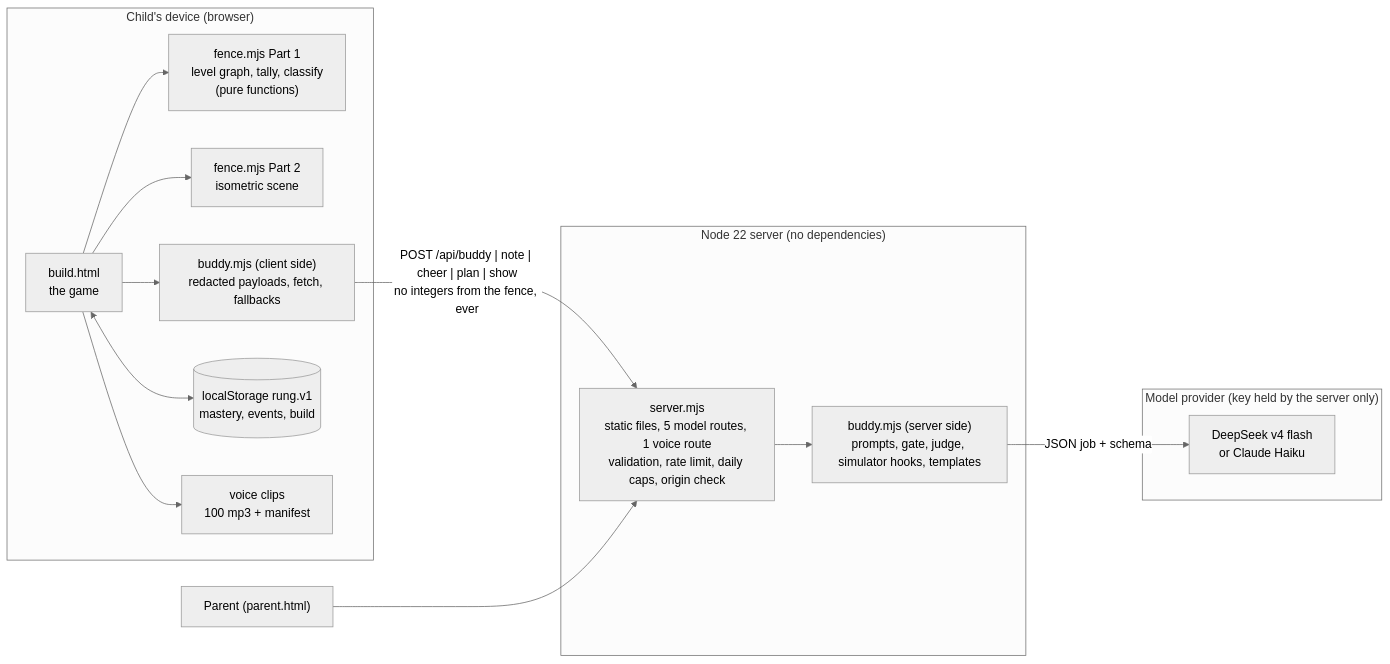
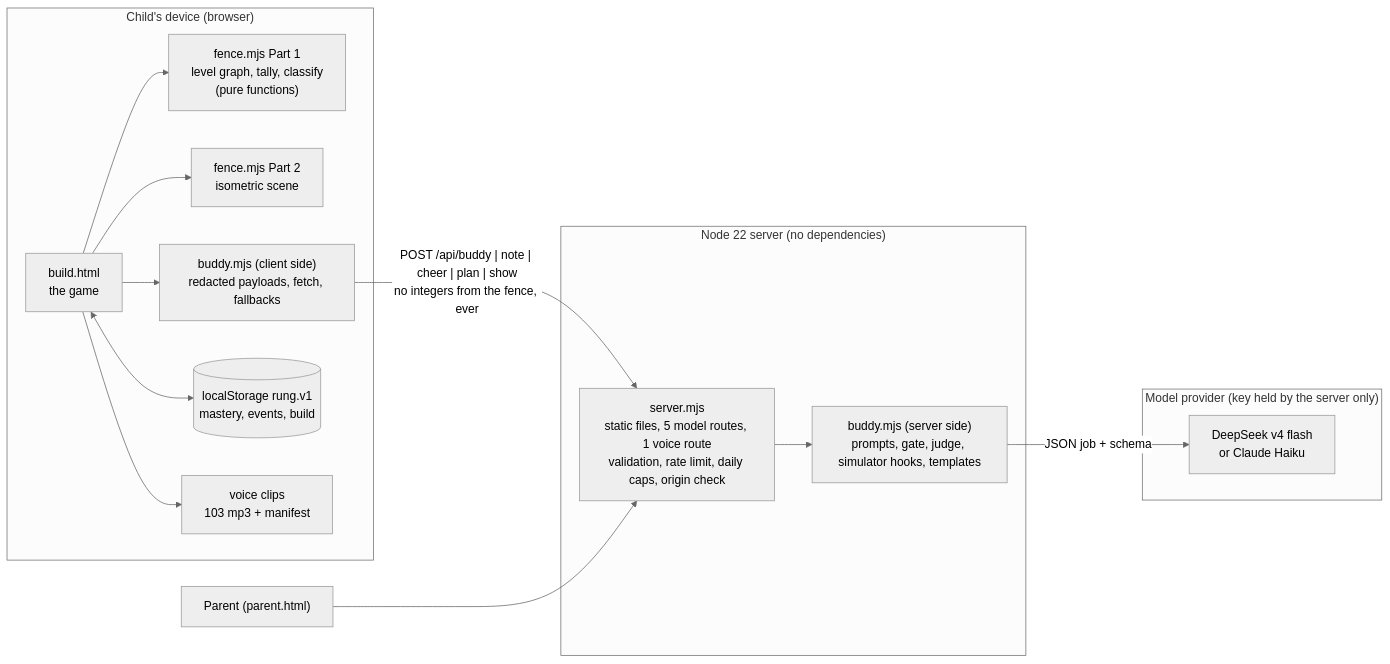
The first of 2 diagrams in docs/ARCHITECTURE.md (manpreet171/pip-fence), drawn with Mermaid (neutral theme) before and after one commit. The commit also changed other lines of this file and 42 other files, not shown here.

````diff
--- a/docs/ARCHITECTURE.md
+++ b/docs/ARCHITECTURE.md
@@ -9,27 +9,27 @@
 ```mermaid
 flowchart LR
   subgraph Device["Child's device (browser)"]
     UI["build.html<br/>the game"]
     FX["fence.mjs Part 1<br/>level graph, tally, classify<br/>(pure functions)"]
     SC["fence.mjs Part 2<br/>isometric scene"]
     BD["buddy.mjs (client side)<br/>redacted payloads, fetch, fallbacks"]
     LS[("localStorage rung.v1<br/>mastery, events, build")]
-    VO["voice clips<br/>100 mp3 + manifest"]
+    VO["voice clips<br/>103 mp3 + manifest"]
     UI --> FX
     UI --> SC
     UI --> BD
     UI <--> LS
     UI --> VO
   end
   subgraph Server["Node 22 server (no dependencies)"]
     RT["server.mjs<br/>static files, 5 model routes, 1 voice route<br/>validation, rate limit, daily caps, origin check"]
     BS["buddy.mjs (server side)<br/>prompts, gate, judge, simulator hooks, templates"]
     RT --> BS
   end
   subgraph Model["Model provider (key held by the server only)"]
     LLM["DeepSeek v4 flash<br/>or Claude Haiku"]
   end
   BD -- "POST /api/buddy | note | cheer | plan | show<br/>no integers from the fence, ever" --> RT
   BS -- "JSON job + schema" --> LLM
   P["Parent (parent.html)"] --> RT
 ```
````
